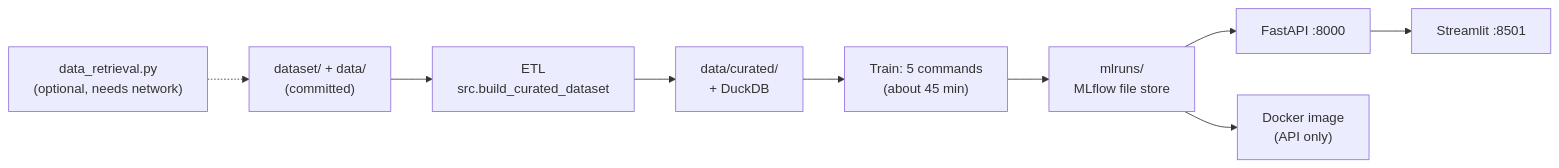
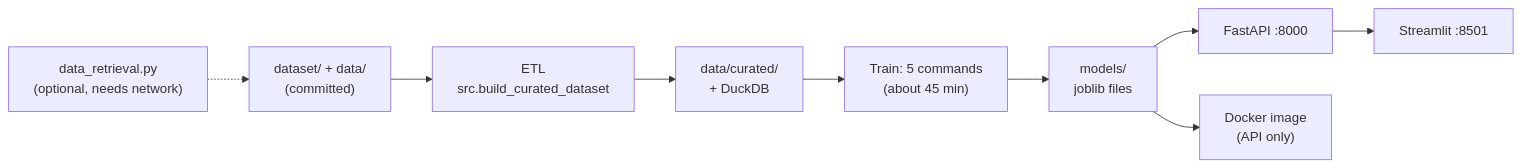
One commit to JuanVu1810/Australian-CPI-Forecast changed the diagram in README.md. Above: the diagram before and after it, drawn with Mermaid. The commit also changed other lines of this file and 466 other files, not shown here.

````diff
--- a/README.md
+++ b/README.md
@@ -57,11 +52,11 @@
 ```mermaid
 flowchart LR
     X["data_retrieval.py<br/>(optional, needs network)"] -.-> R["dataset/ + data/<br/>(committed)"]
     R --> E["ETL<br/>src.build_curated_dataset"]
     E --> C["data/curated/<br/>+ DuckDB"]
     C --> T["Train: 5 commands<br/>(about 45 min)"]
-    T --> M["mlruns/<br/>MLflow file store"]
+    T --> M["models/<br/>joblib files"]
     M --> A["FastAPI :8000"]
     A --> S["Streamlit :8501"]
     M --> D["Docker image<br/>(API only)"]
 ```
````
